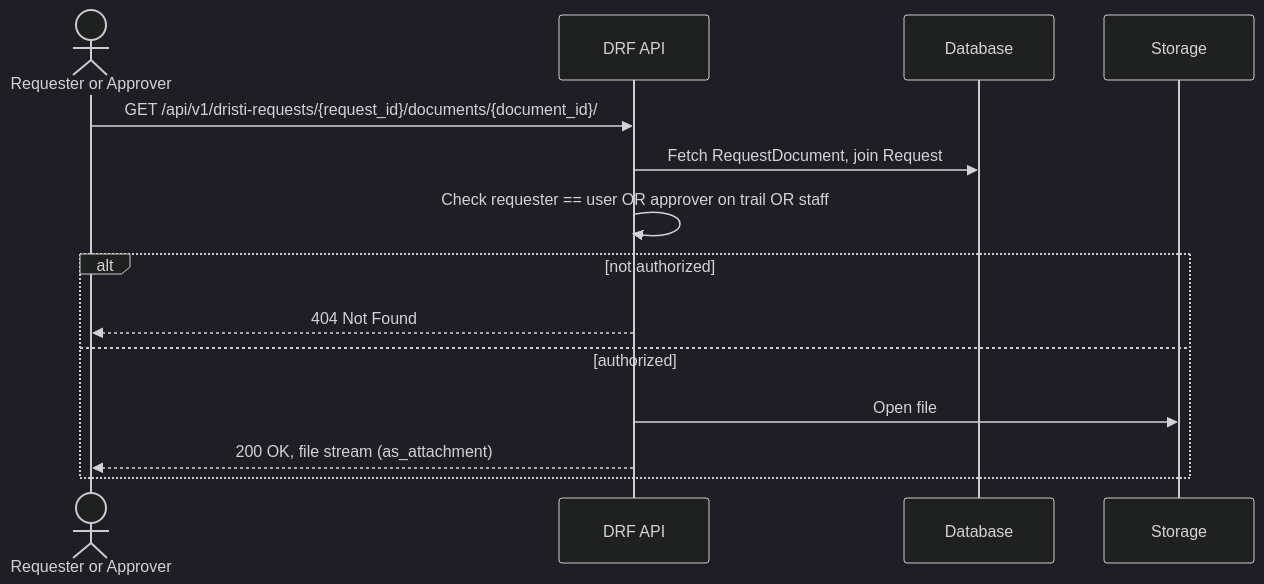
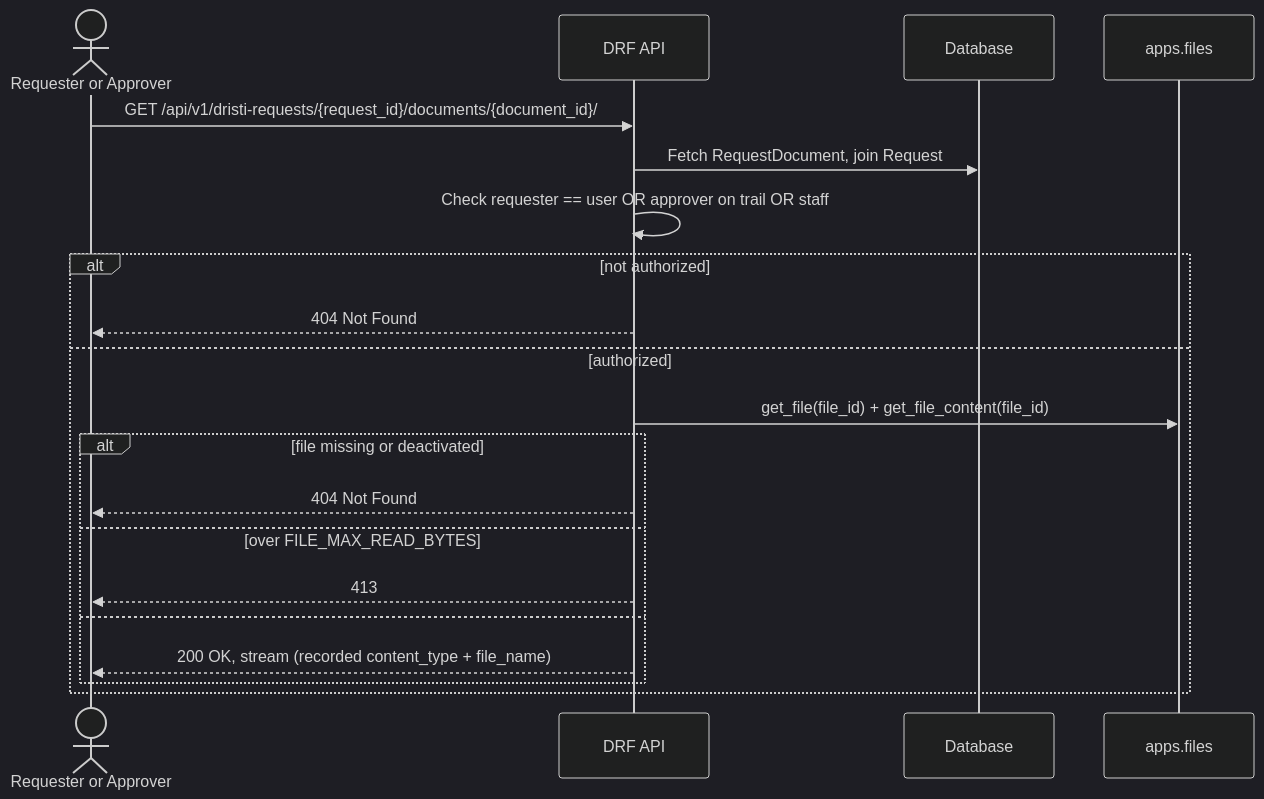
One commit to pucardotorg/dristi-be changed the eighth of 8 diagrams in spec/0010-simple-requests-flow.md. Above: the diagram before and after it, drawn with Mermaid (dark theme). The commit also changed other lines of this file and 13 other files, not shown here.

Commit message:
Updated dristi_requests document upload and stream to use apps.files

````diff
--- a/spec/0010-simple-requests-flow.md
+++ b/spec/0010-simple-requests-flow.md
@@ -388,17 +465,23 @@
 ```mermaid
 sequenceDiagram
     actor U as Requester or Approver
     participant API as DRF API
     participant DB as Database
-    participant S as Storage
+    participant F as apps.files
 
     U->>API: GET /api/v1/dristi-requests/{request_id}/documents/{document_id}/
     API->>DB: Fetch RequestDocument, join Request
     API->>API: Check requester == user OR approver on trail OR staff
     alt not authorized
         API-->>U: 404 Not Found
     else authorized
-        API->>S: Open file
-        API-->>U: 200 OK, file stream (as_attachment)
+        API->>F: get_file(file_id) + get_file_content(file_id)
+        alt file missing or deactivated
+            API-->>U: 404 Not Found
+        else over FILE_MAX_READ_BYTES
+            API-->>U: 413
+        else
+            API-->>U: 200 OK, stream (recorded content_type + file_name)
+        end
     end
 ```
````
